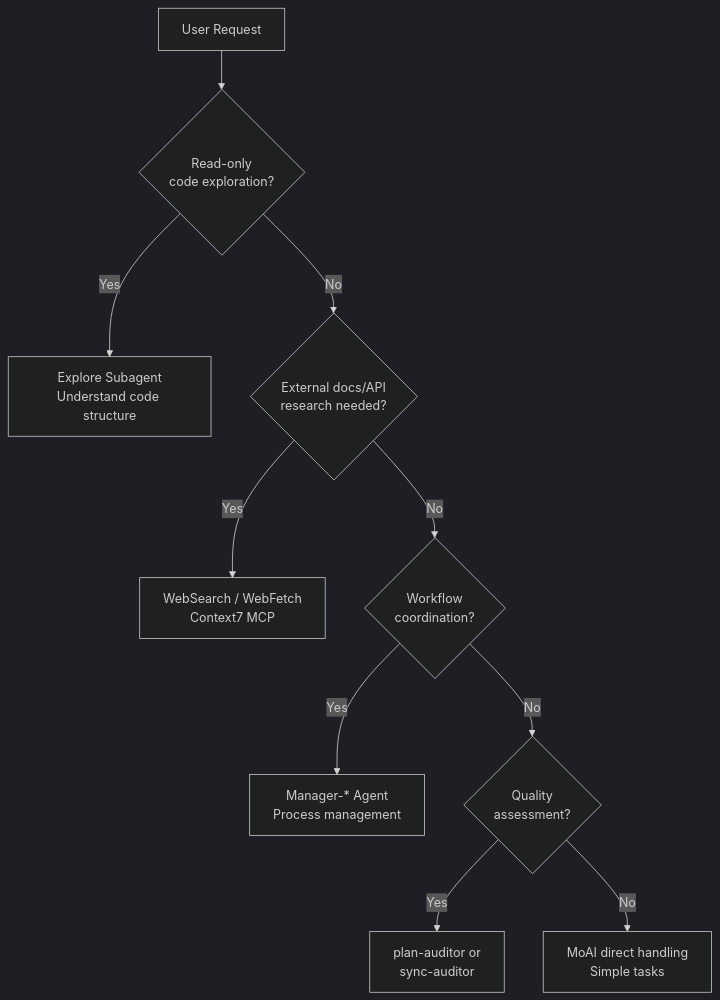
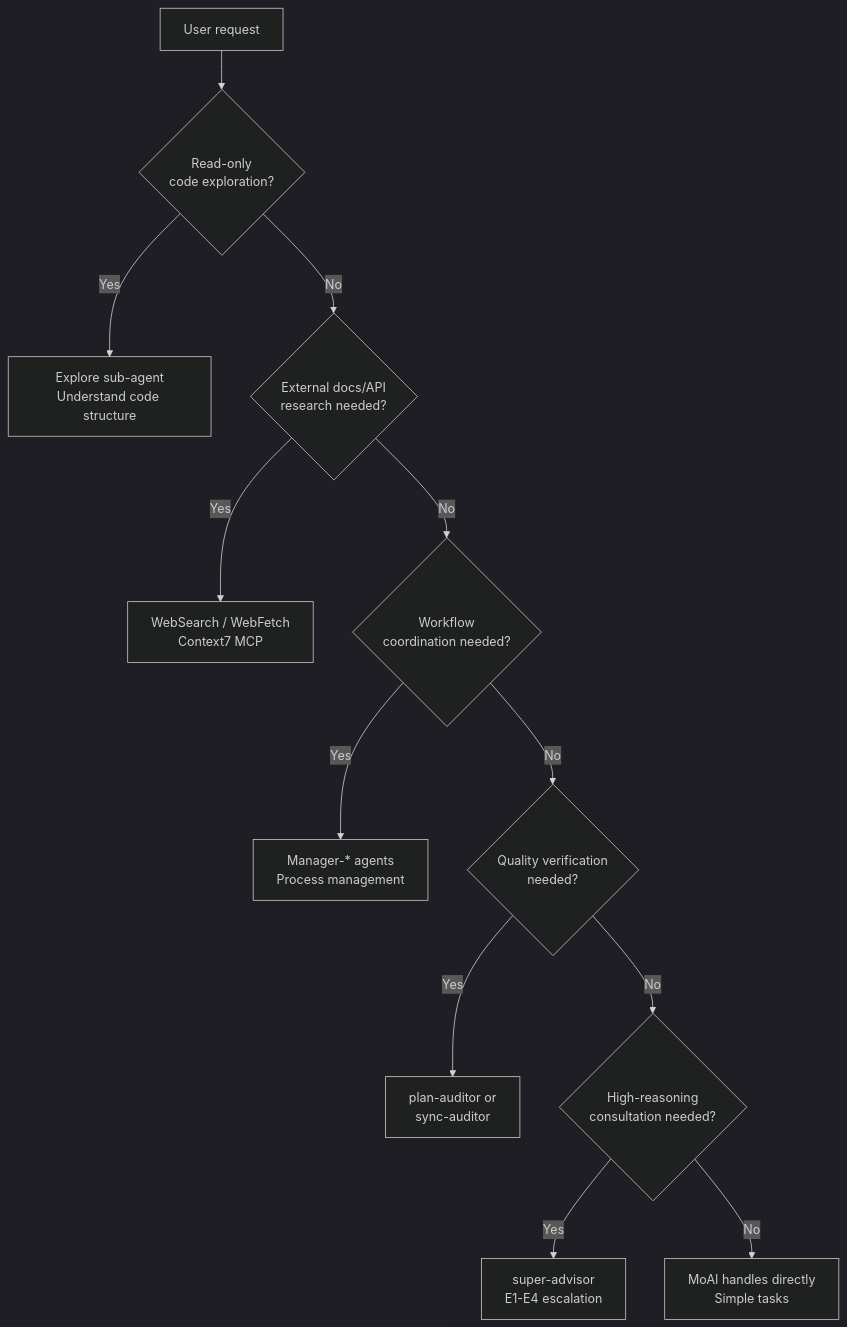
Before and after one commit to modu-ai/moai-adk: the diagram in docs-site/content/en/advanced/agent-guide.md, drawn with Mermaid (dark theme). The commit also changed other lines of this file and 395 other files, not shown here.

````diff
--- a/docs-site/content/en/advanced/agent-guide.md
+++ b/docs-site/content/en/advanced/agent-guide.md
@@ -78,16 +89,19 @@
 ```mermaid
 flowchart TD
-    START[User Request] --> Q1{Read-only<br/>code exploration?}
+    START[User request] --> Q1{Read-only<br>code exploration?}
 
-    Q1 -->|Yes| EXPLORE["Explore Subagent<br/>Understand code structure"]
-    Q1 -->|No| Q2{External docs/API<br/>research needed?}
+    Q1 -->|Yes| EXPLORE["Explore sub-agent<br>Understand code structure"]
+    Q1 -->|No| Q2{External docs/API<br>research needed?}
 
-    Q2 -->|Yes| WEB["WebSearch / WebFetch<br/>Context7 MCP"]
-    Q2 -->|No| Q3{Workflow<br/>coordination?}
+    Q2 -->|Yes| WEB["WebSearch / WebFetch<br>Context7 MCP"]
+    Q2 -->|No| Q3{Workflow<br>coordination needed?}
 
-    Q3 -->|Yes| MANAGER["Manager-* Agent<br/>Process management"]
-    Q3 -->|No| Q4{Quality<br/>assessment?}
+    Q3 -->|Yes| MANAGER["Manager-* agents<br>Process management"]
+    Q3 -->|No| Q4{Quality verification<br>needed?}
 
-    Q4 -->|Yes| EVAL["plan-auditor or<br/>sync-auditor"]
-    Q4 -->|No| DIRECT["MoAI direct handling<br/>Simple tasks"]
+    Q4 -->|Yes| EVAL["plan-auditor or<br>sync-auditor"]
+    Q4 -->|No| Q5{High-reasoning<br>consultation needed?}
+
+    Q5 -->|Yes| ADVISOR["super-advisor<br>E1-E4 escalation"]
+    Q5 -->|No| DIRECT["MoAI handles directly<br>Simple tasks"]
 ```
````
